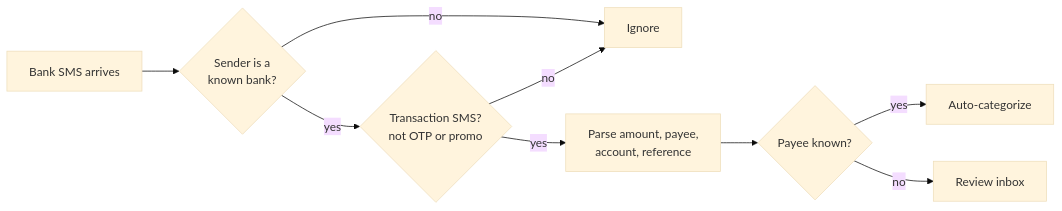
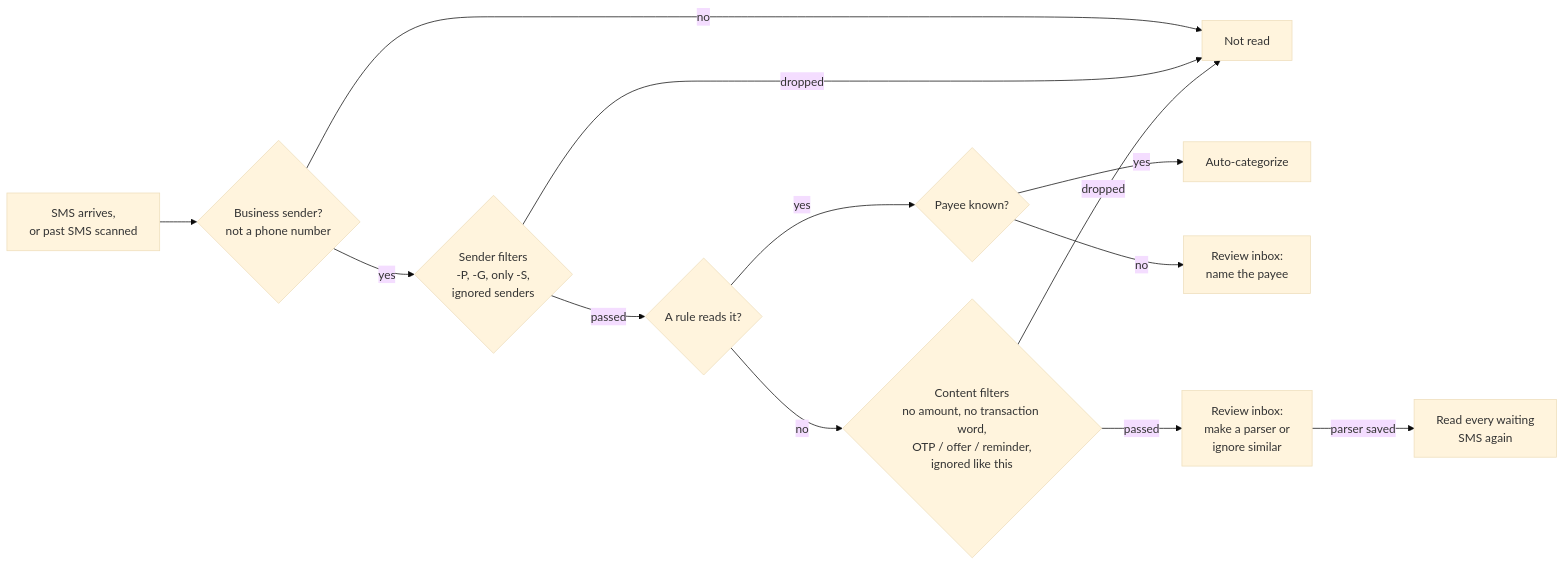
One commit to priyendu7/khata changed the diagram in docs/PRD.md. Above: the diagram before and after it, drawn with Mermaid (base theme). The commit also changed other lines of this file and 1 other file, not shown here.

Commit message:
Docs: SMS filters, ignore rules and Test a message (#86-#90) (#91)

````diff
--- a/docs/PRD.md
+++ b/docs/PRD.md
@@ -104,11 +104,15 @@
 ```mermaid
 flowchart LR
-    A[Bank SMS arrives] --> B{Sender is a<br/>known bank?}
-    B -- no --> X[Ignore]
-    B -- yes --> C{Transaction SMS?<br/>not OTP or promo}
-    C -- no --> X
-    C -- yes --> D[Parse amount, payee,<br/>account, reference]
-    D --> E{Payee known?}
+    A[SMS arrives,<br/>or past SMS scanned] --> B{Business sender?<br/>not a phone number}
+    B -- no --> X[Not read]
+    B -- yes --> C{Sender filters<br/>-P, -G, only -S,<br/>ignored senders}
+    C -- dropped --> X
+    C -- passed --> D{A rule reads it?}
+    D -- yes --> E{Payee known?}
     E -- yes --> F[Auto-categorize]
-    E -- no --> G[Review inbox]
+    E -- no --> G[Review inbox:<br/>name the payee]
+    D -- no --> H{Content filters<br/>no amount, no transaction word,<br/>OTP / offer / reminder,<br/>ignored like this}
+    H -- dropped --> X
+    H -- passed --> I[Review inbox:<br/>make a parser or<br/>ignore similar]
+    I -- parser saved --> J[Read every waiting<br/>SMS again]
 ```
````
